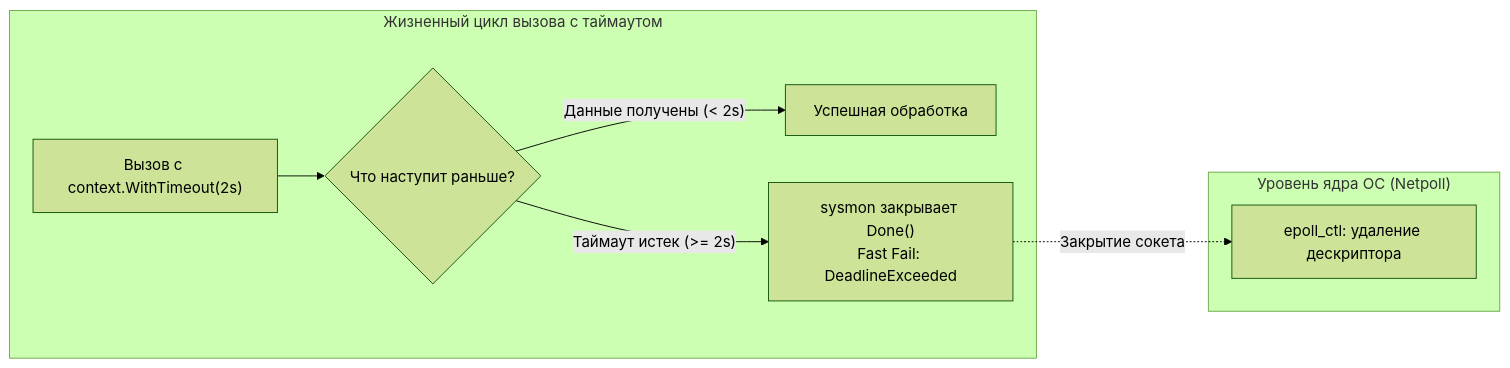
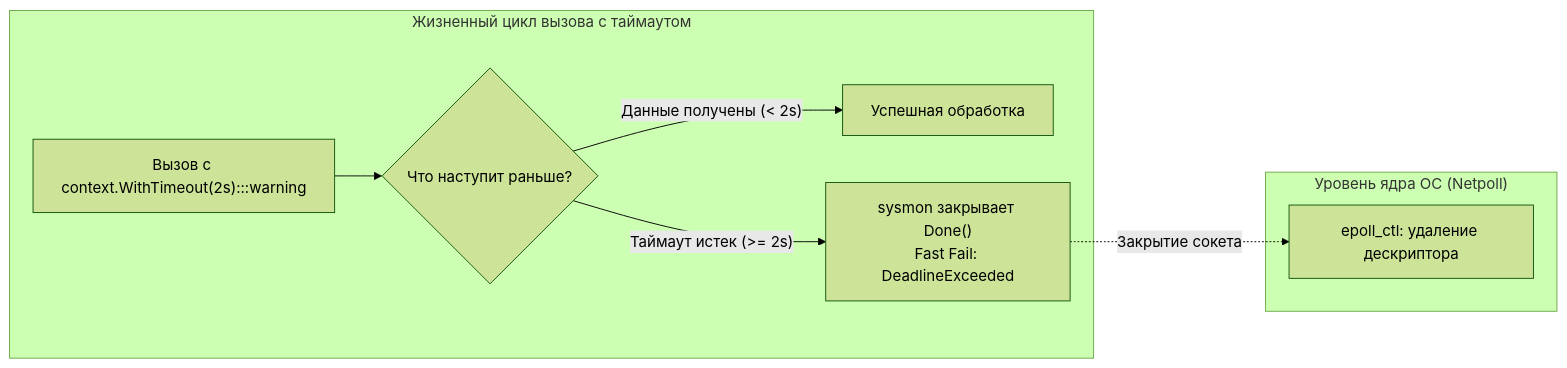
Before and after one commit to UnrealTemplier/go-textbook: the first of 3 diagrams in sources/14. Распределенные системы на Go/05. Надежность/3. Timeout.md, drawn with Mermaid (forest theme). The commit also changed other lines of this file and 1666 other files, not shown here.

First line of the commit message:
feat(mermaid): add semantic color classDef to 1369 colorless flowchart/graph diagrams

````diff
--- a/sources/14. Распределенные системы на Go/05. Надежность/3. Timeout.md
+++ b/sources/14. Распределенные системы на Go/05. Надежность/3. Timeout.md
@@ -14,12 +14,22 @@
 ```mermaid
 flowchart LR
+    classDef process  fill:#1e293b,stroke:#38bdf8,stroke-width:1px,color:#f8fafc
+    classDef success  fill:#064e3b,stroke:#34d399,stroke-width:1px,color:#f8fafc
+    classDef error    fill:#7f1d1d,stroke:#f87171,stroke-width:1px,color:#f8fafc
+    classDef warning  fill:#78350f,stroke:#fbbf24,stroke-width:1px,color:#f8fafc
+    classDef entry    fill:#1e3a5f,stroke:#38bdf8,stroke-width:2px,color:#f8fafc
+    classDef aux      fill:#334155,stroke:#64748b,stroke-width:1px,color:#f8fafc
+    classDef system   fill:#312e81,stroke:#a78bfa,stroke-width:1px,color:#f8fafc
+    classDef data     fill:#132d29,stroke:#2dd4bf,stroke-width:1px,color:#f8fafc
+    classDef network  fill:#881337,stroke:#fb7185,stroke-width:1px,color:#f8fafc
+    classDef accent   fill:#1e1b4b,stroke:#818cf8,stroke-width:1px,color:#f8fafc
     subgraph ClientFlow["Жизненный цикл вызова с таймаутом"]
-        Start["Вызов с context.WithTimeout(2s)"] --> Race{"Что наступит раньше?"}
+        Start["Вызов с context.WithTimeout(2s):::warning"] --> Race{"Что наступит раньше?"}
         Race -->|"Данные получены (< 2s)"| Success["Успешная обработка"]
         Race -->|"Таймаут истек (>= 2s)"| Abort["sysmon закрывает Done()<br/>Fast Fail: DeadlineExceeded"]
     end
 
     subgraph OSLevel["Уровень ядра ОС (Netpoll)"]
         Abort -.->|"Закрытие сокета"| Epoll["epoll_ctl: удаление дескриптора"]
     end
 ```
````
